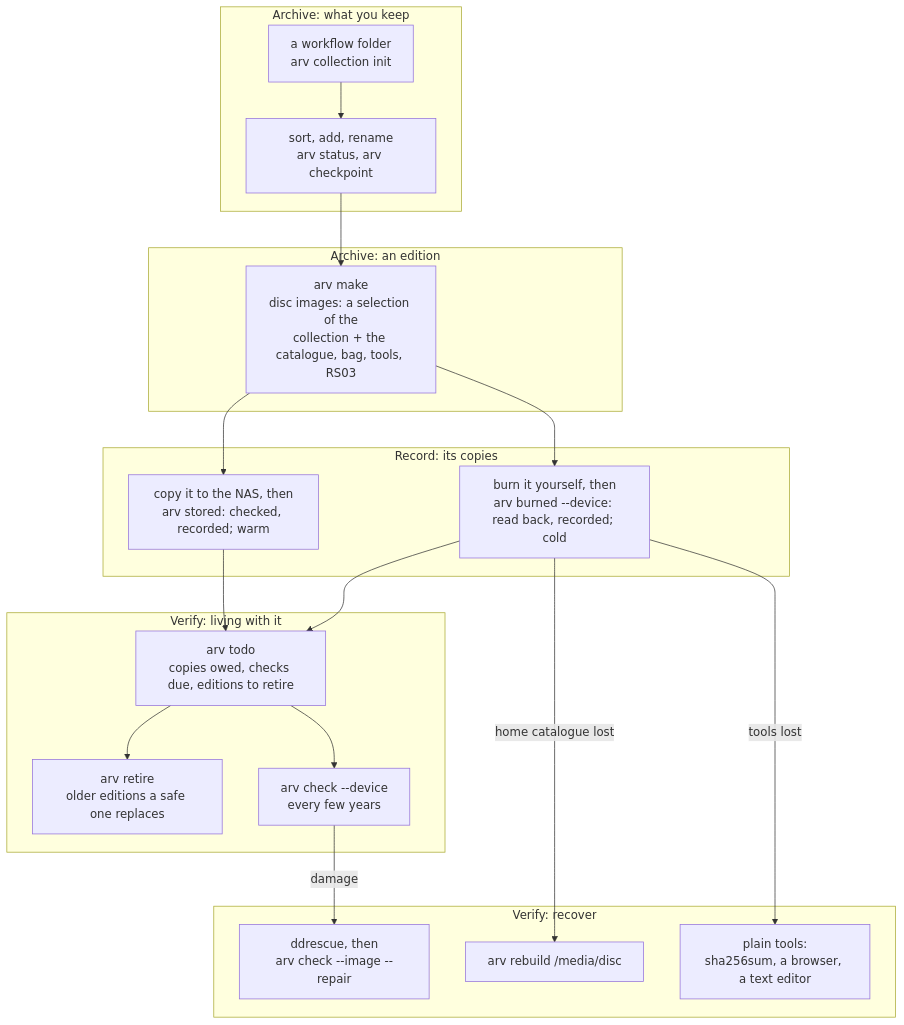
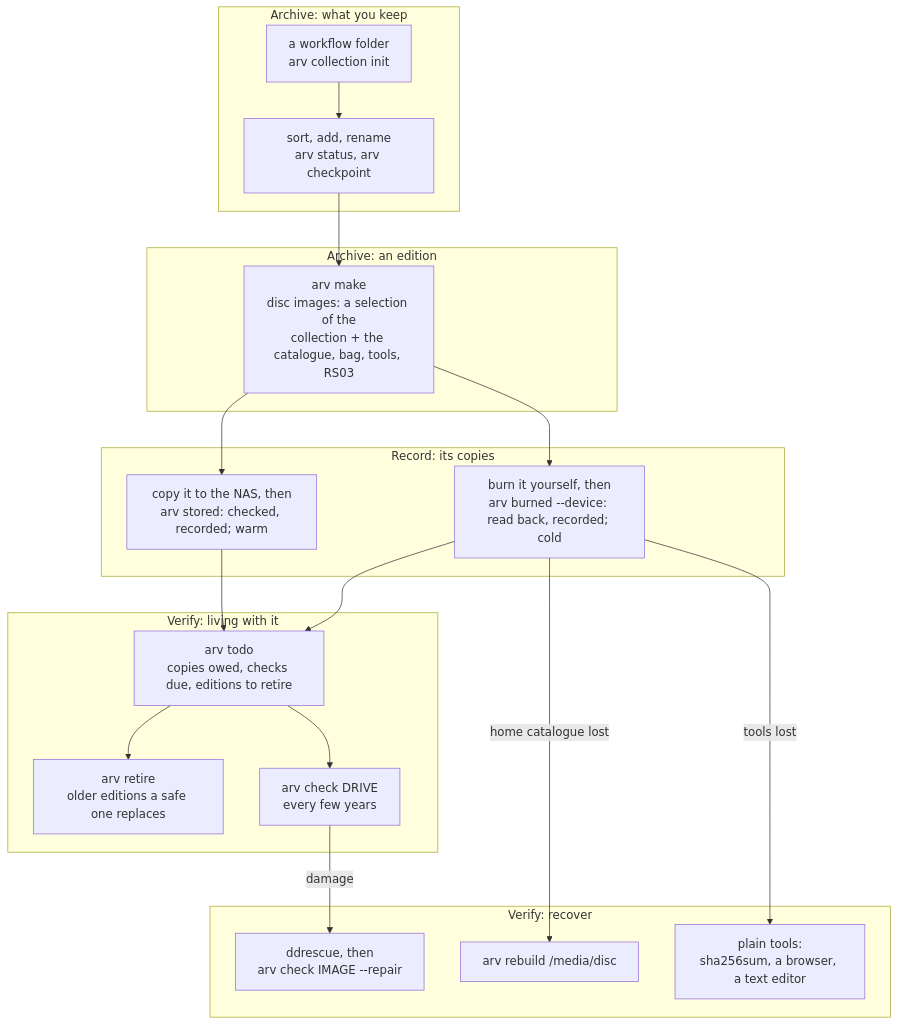
The diagram in docs/workflow.md (mofosyne/arv), drawn with Mermaid before and after one commit. The commit also changed other lines of this file and 56 other files, not shown here.

````diff
--- a/docs/workflow.md
+++ b/docs/workflow.md
@@ -27,24 +27,24 @@
 ```mermaid
 flowchart TD
     subgraph keep [Archive: what you keep]
         W[a workflow folder<br/>arv collection init] --> S[sort, add, rename<br/>arv status, arv checkpoint]
     end
     subgraph make [Archive: an edition]
         S --> M[arv make<br/>disc images: a selection of the<br/>collection + the catalogue, bag, tools, RS03]
     end
     subgraph copies [Record: its copies]
         M --> B[burn it yourself, then<br/>arv burned --device: read back, recorded; cold]
         M --> N[copy it to the NAS, then<br/>arv stored: checked, recorded; warm]
     end
     subgraph live [Verify: living with it]
         B --> T[arv todo<br/>copies owed, checks due, editions to retire]
         N --> T
         T --> R[arv retire<br/>older editions a safe one replaces]
-        T --> C[arv check --device<br/>every few years]
+        T --> C[arv check DRIVE<br/>every few years]
     end
     subgraph recover [Verify: recover]
-        C -- damage --> D[ddrescue, then<br/>arv check --image --repair]
+        C -- damage --> D[ddrescue, then<br/>arv check IMAGE --repair]
         B -- home catalogue lost --> RB[arv rebuild /media/disc]
         B -- tools lost --> P[plain tools:<br/>sha256sum, a browser, a text editor]
     end
 ```
````
